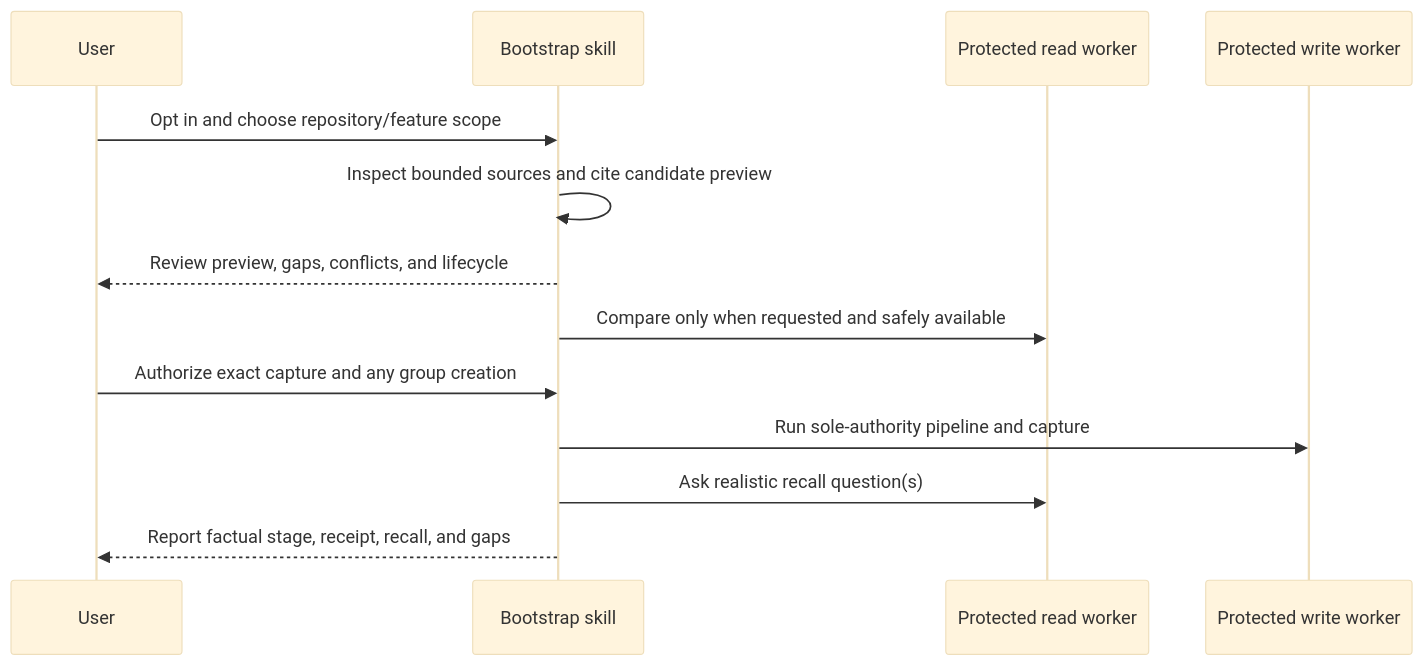
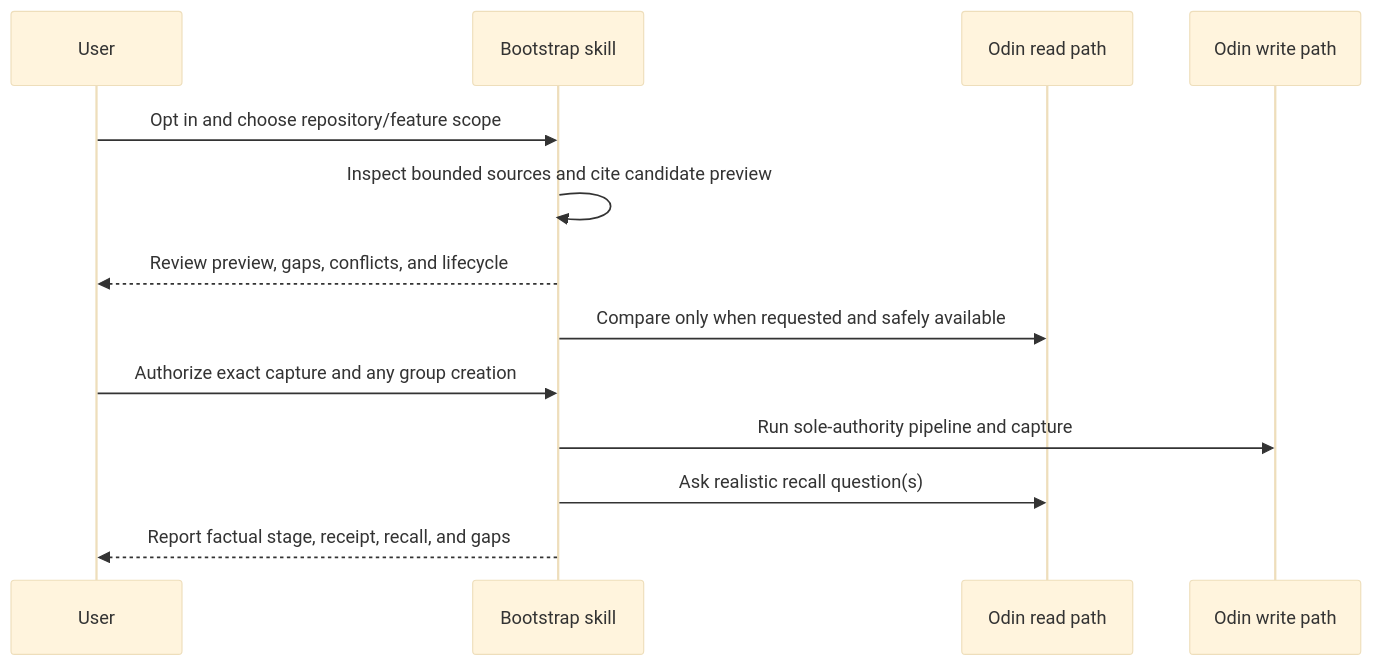
One commit to generic-automation-and-it/smooth-ai-product-context-memory changed the diagram in .agents/skills/mimisbrunnr-ymir-bootstrap/AGENTS.md. Above: the diagram before and after it, drawn with Mermaid (base theme). The commit also changed other lines of this file and 53 other files, not shown here.

````diff
--- a/.agents/skills/mimisbrunnr-ymir-bootstrap/AGENTS.md
+++ b/.agents/skills/mimisbrunnr-ymir-bootstrap/AGENTS.md
@@ -35,15 +36,15 @@
 ```mermaid
 sequenceDiagram
     participant U as User
     participant B as Bootstrap skill
-    participant R as Protected read worker
-    participant W as Protected write worker
+    participant R as Odin read path
+    participant W as Odin write path
     U->>B: Opt in and choose repository/feature scope
     B->>B: Inspect bounded sources and cite candidate preview
     B-->>U: Review preview, gaps, conflicts, and lifecycle
     B->>R: Compare only when requested and safely available
     U->>B: Authorize exact capture and any group creation
     B->>W: Run sole-authority pipeline and capture
     B->>R: Ask realistic recall question(s)
     B-->>U: Report factual stage, receipt, recall, and gaps
 ```
````
